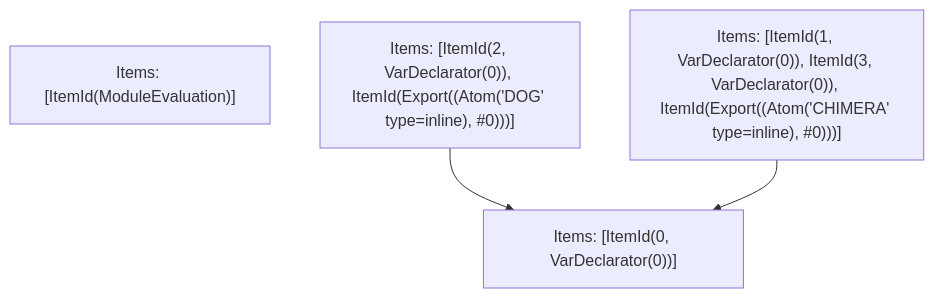
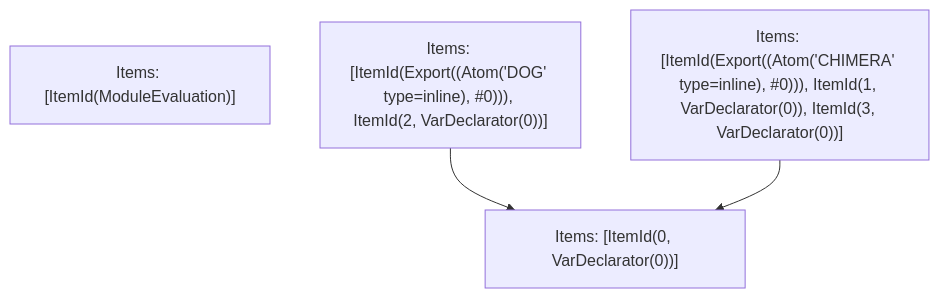
The fifth of 5 diagrams in crates/turbopack-ecmascript/tests/tree-shaker/analyzer/simple/output.md (vercel/turborepo), drawn with Mermaid before and after one commit. The commit also changed other lines of this file and 4 other files, not shown here.

````diff
--- a/crates/turbopack-ecmascript/tests/tree-shaker/analyzer/simple/output.md
+++ b/crates/turbopack-ecmascript/tests/tree-shaker/analyzer/simple/output.md
@@ -120,9 +120,9 @@
 ```mermaid
 graph TD
     N0["Items: [ItemId(ModuleEvaluation)]"];
-    N1["Items: [ItemId(2, VarDeclarator(0)), ItemId(Export((Atom('DOG' type=inline), #0)))]"];
-    N2["Items: [ItemId(1, VarDeclarator(0)), ItemId(3, VarDeclarator(0)), ItemId(Export((Atom('CHIMERA' type=inline), #0)))]"];
+    N1["Items: [ItemId(Export((Atom('DOG' type=inline), #0))), ItemId(2, VarDeclarator(0))]"];
+    N2["Items: [ItemId(Export((Atom('CHIMERA' type=inline), #0))), ItemId(1, VarDeclarator(0)), ItemId(3, VarDeclarator(0))]"];
     N3["Items: [ItemId(0, VarDeclarator(0))]"];
     N1 --> N3;
     N2 --> N3;
 ```
````
